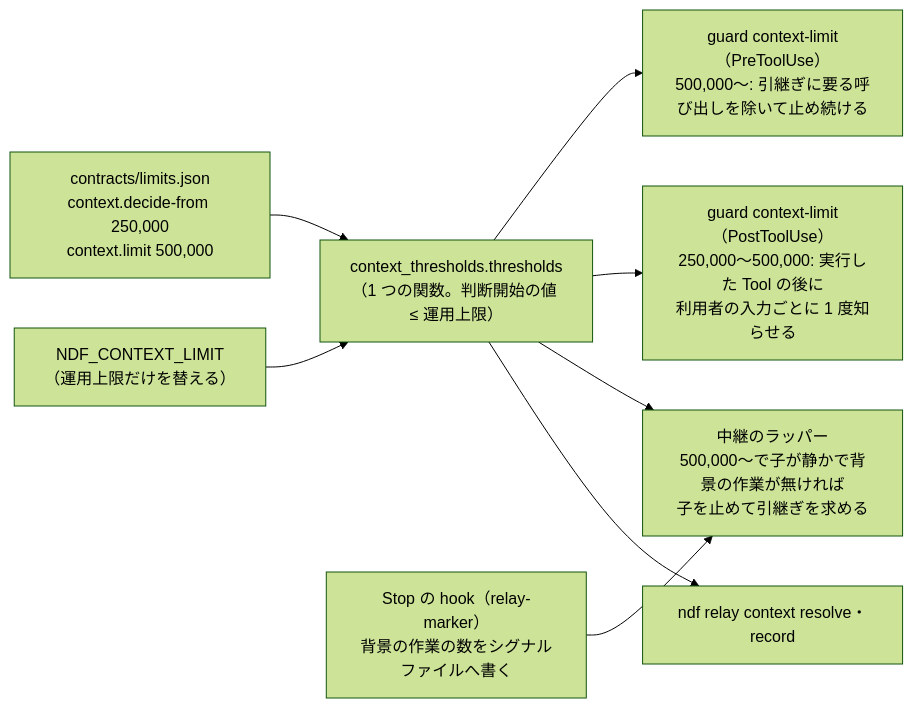
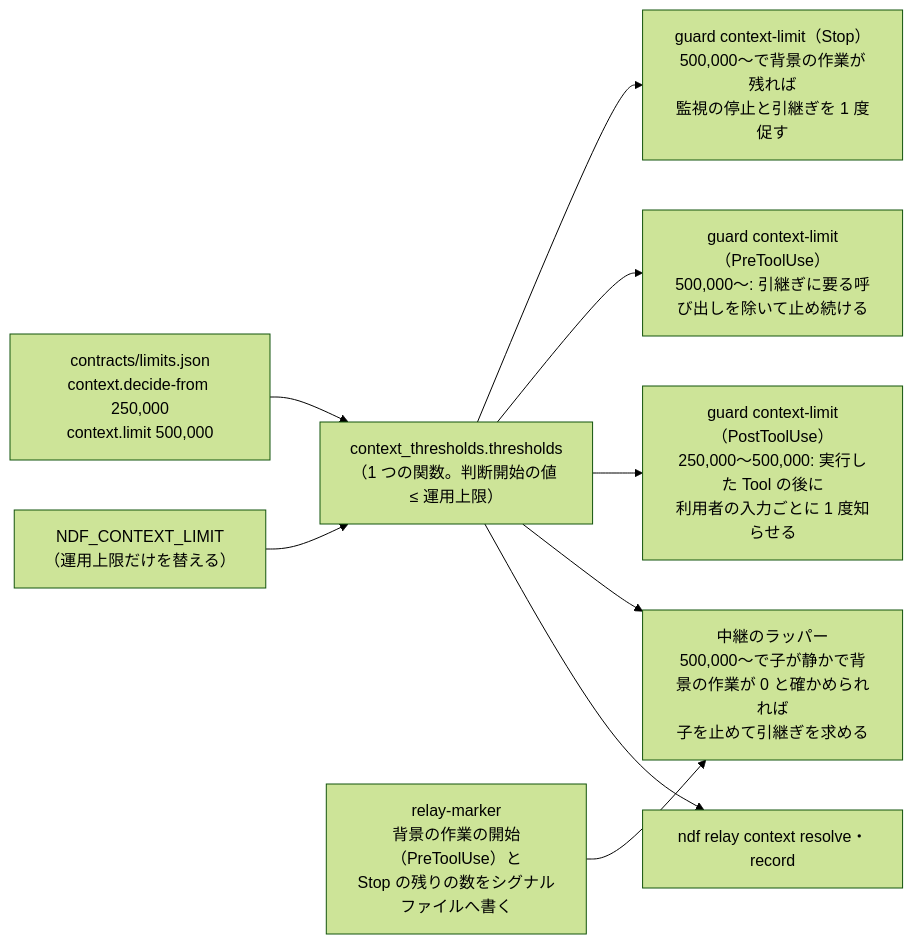
One commit to devbasex/ai-plugins changed the second of 4 diagrams in issues/issue-3995-design.md. Above: the diagram before and after it, drawn with Mermaid (forest theme). The commit also changed other lines of this file and 1 other file, not shown here.

First line of the commit message:
Docs: 背景の作業の開始も数えて未確認なら引継ぎを保留し、Stop で引継ぎを促し、背景の作業中の止まりを会話の記録で見る（#3995 のクロスレビュー r2）

````diff
--- a/issues/issue-3995-design.md
+++ b/issues/issue-3995-design.md
@@ -62,18 +63,20 @@
 ```mermaid
 flowchart LR
   L["contracts/limits.json<br>context.decide-from 250,000<br>context.limit 500,000"]
   E["NDF_CONTEXT_LIMIT<br>（運用上限だけを替える）"]
   T["context_thresholds.thresholds<br>（1 つの関数。判断開始の値 ≤ 運用上限）"]
   G1["guard context-limit（PreToolUse）<br>500,000〜: 引継ぎに要る呼び出しを除いて止め続ける"]
   G2["guard context-limit（PostToolUse）<br>250,000〜500,000: 実行した Tool の後に<br>利用者の入力ごとに 1 度知らせる"]
-  W["中継のラッパー<br>500,000〜で子が静かで背景の作業が無ければ<br>子を止めて引継ぎを求める"]
-  B["Stop の hook（relay-marker）<br>背景の作業の数をシグナルファイルへ書く"]
+  W["中継のラッパー<br>500,000〜で子が静かで背景の作業が 0 と確かめられれば<br>子を止めて引継ぎを求める"]
+  B["relay-marker<br>背景の作業の開始（PreToolUse）と<br>Stop の残りの数をシグナルファイルへ書く"]
+  G3["guard context-limit（Stop）<br>500,000〜で背景の作業が残れば<br>監視の停止と引継ぎを 1 度促す"]
+  T --> G3
   B --> W
   R["ndf relay context resolve・record"]
   L --> T
   E --> T
   T --> G1
   T --> G2
   T --> W
   T --> R
 ```
````
